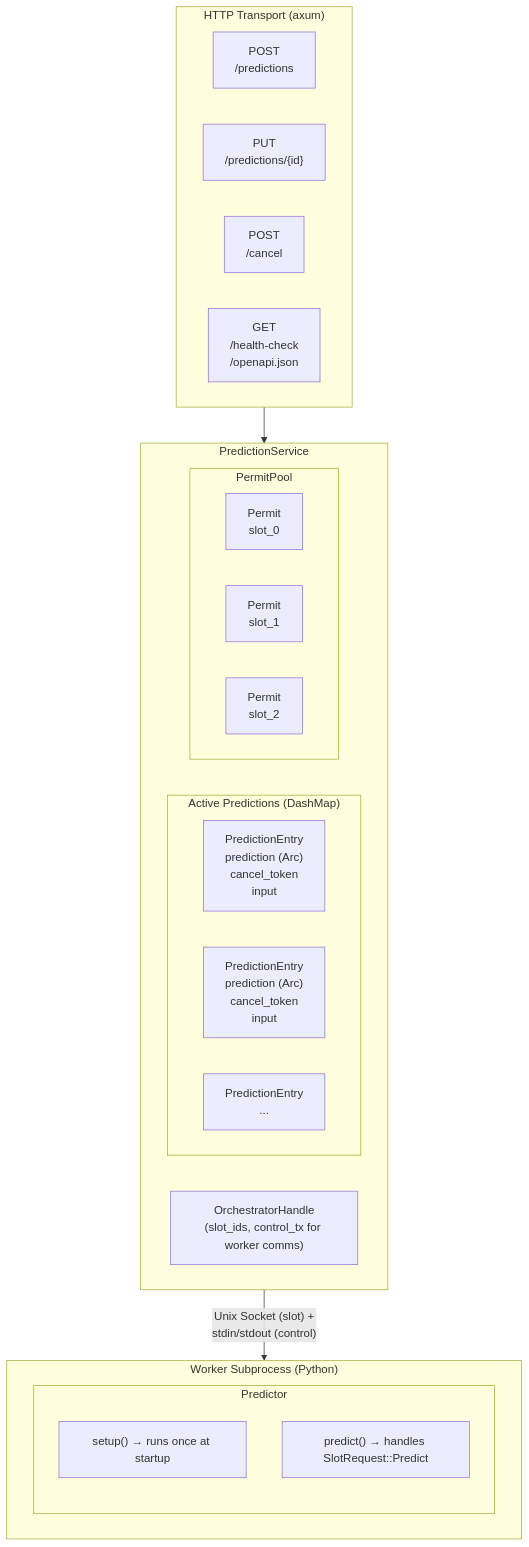
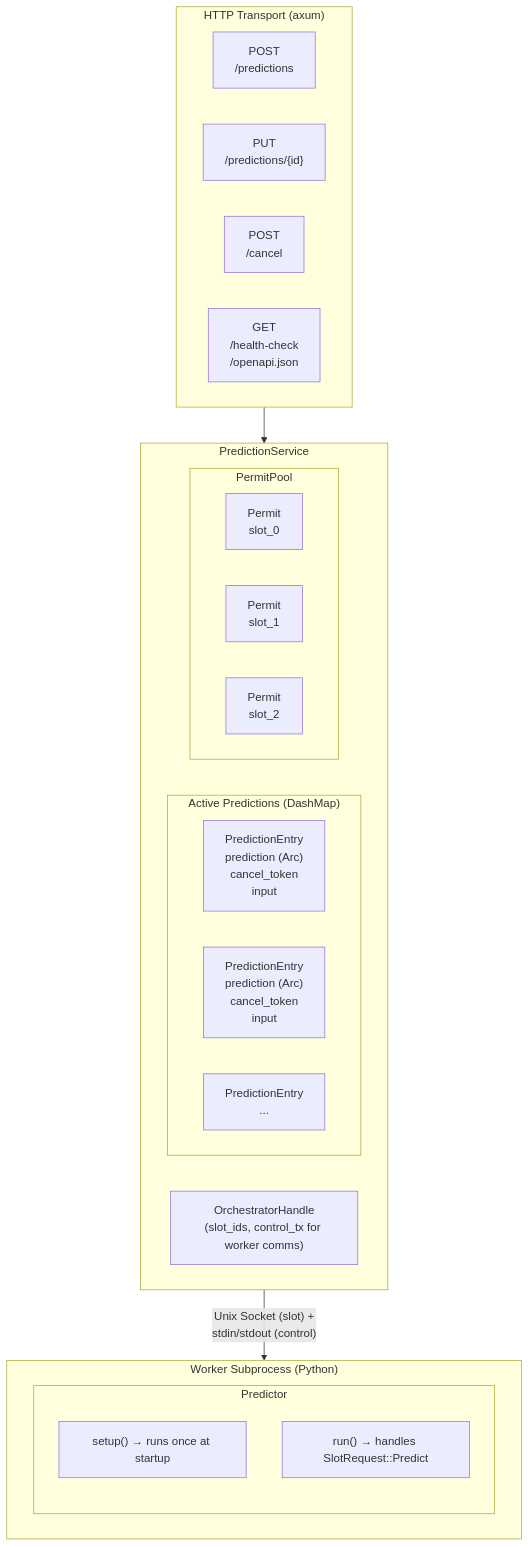
One commit to replicate/cog changed the first of 7 diagrams in architecture/04-container-runtime.md. Above: the diagram before and after it, drawn with Mermaid. The commit also changed other lines of this file and 73 other files, not shown here.

First line of the commit message:
feat: Rename predict to run with backward compatibility (#3015)

````diff
--- a/architecture/04-container-runtime.md
+++ b/architecture/04-container-runtime.md
@@ -13,36 +13,36 @@
 ```mermaid
 flowchart TB
     subgraph http["HTTP Transport (axum)"]
         direction LR
         post["POST\n/predictions"]
         put["PUT\n/predictions/{id}"]
         cancel["POST\n/cancel"]
         get["GET\n/health-check\n/openapi.json"]
     end
 
     subgraph service["PredictionService"]
         subgraph dashmap["Active Predictions (DashMap)"]
             direction LR
             e1["PredictionEntry\nprediction (Arc)\ncancel_token\ninput"]
             e2["PredictionEntry\nprediction (Arc)\ncancel_token\ninput"]
             e3["PredictionEntry\n..."]
         end
         subgraph permits["PermitPool"]
             direction LR
             p0["Permit\nslot_0"]
             p1["Permit\nslot_1"]
             p2["Permit\nslot_2"]
         end
         orch["OrchestratorHandle\n(slot_ids, control_tx for worker comms)"]
     end
 
     subgraph worker["Worker Subprocess (Python)"]
         subgraph predictor["Predictor"]
             setup["setup() → runs once at startup"]
-            predict["predict() → handles SlotRequest#colon;#colon;Predict"]
+            predict["run() → handles SlotRequest#colon;#colon;Predict"]
         end
     end
 
     http --> service
     service -- "Unix Socket (slot) +\nstdin/stdout (control)" --> worker
 ```
````
